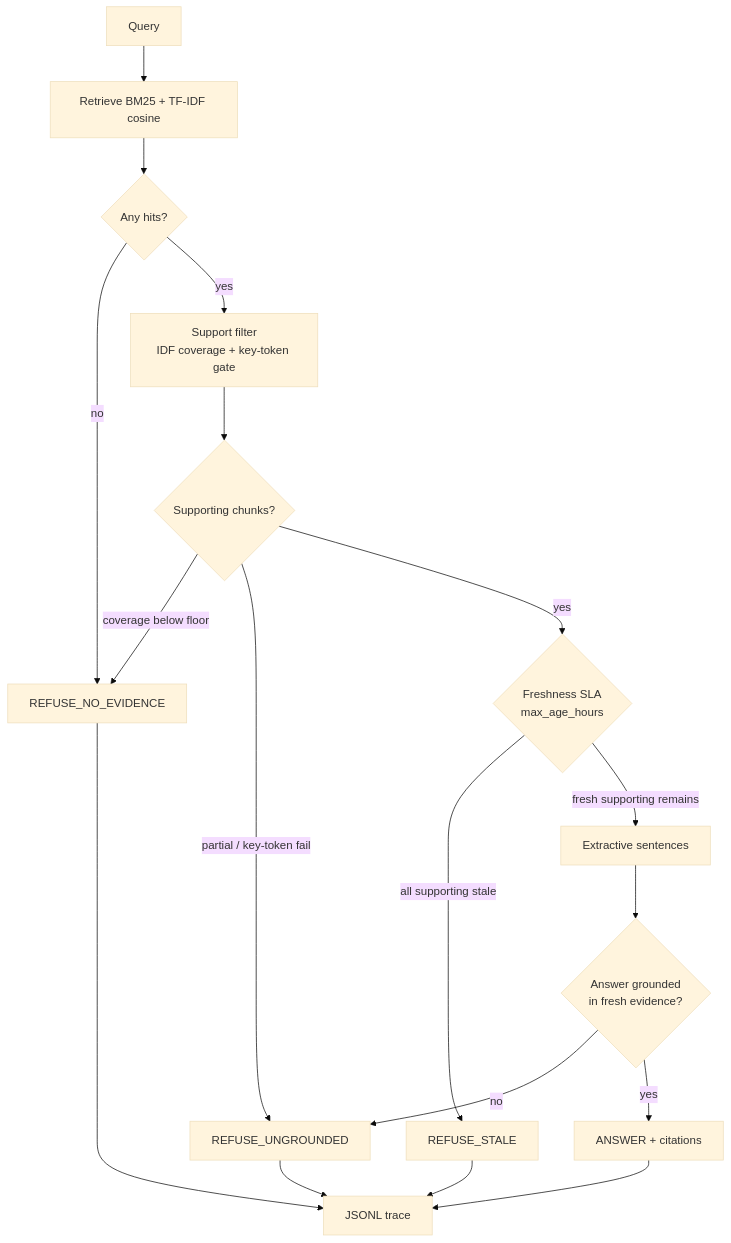
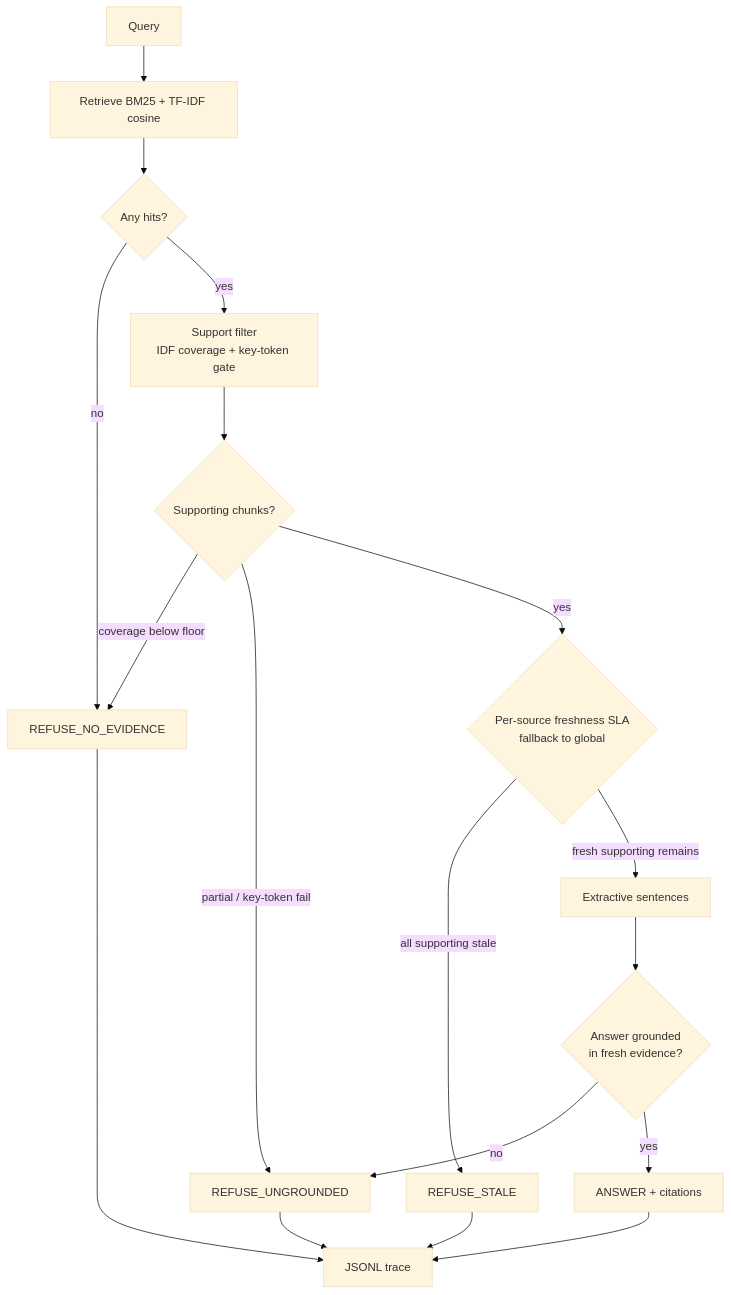
Before and after one commit to Mavarun/freshness-gated-ops-copilot: the diagram in README.md, drawn with Mermaid (base theme). The commit also changed other lines of this file and 3 other files, not shown here.

First line of the commit message:
Document per-source SLA hypothesis and real eval artifacts

````diff
--- a/README.md
+++ b/README.md
@@ -36,20 +42,20 @@
 ```mermaid
 flowchart TD
   Q[Query] --> R[Retrieve BM25 + TF-IDF cosine]
   R --> E{Any hits?}
   E -->|no| N[REFUSE_NO_EVIDENCE]
   E -->|yes| S[Support filter<br/>IDF coverage + key-token gate]
   S --> K{Supporting chunks?}
   K -->|coverage below floor| N
   K -->|partial / key-token fail| U[REFUSE_UNGROUNDED]
-  K -->|yes| F{Freshness SLA<br/>max_age_hours}
+  K -->|yes| F{Per-source freshness SLA<br/>fallback to global}
   F -->|all supporting stale| ST[REFUSE_STALE]
   F -->|fresh supporting remains| X[Extractive sentences]
   X --> G{Answer grounded<br/>in fresh evidence?}
   G -->|no| U
   G -->|yes| A[ANSWER + citations]
   A --> T[JSONL trace]
   ST --> T
   U --> T
   N --> T
 ```
````
